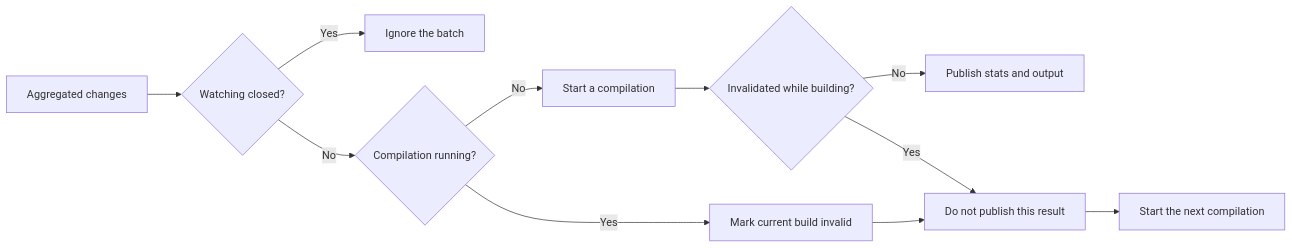
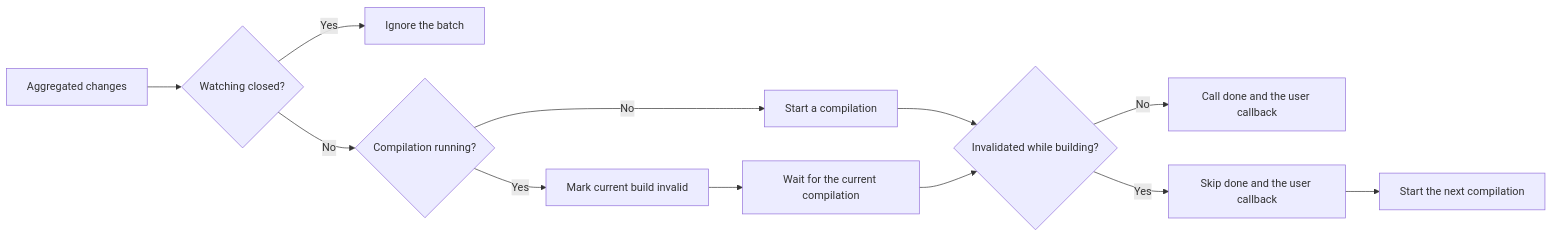
The third of 4 diagrams in src/content/posts/feopack-watch-mode.md (CoderSerio/blog), drawn with Mermaid before and after one commit. The commit also changed other lines of this file and 1 other file, not shown here.

````diff
--- a/src/content/posts/feopack-watch-mode.md
+++ b/src/content/posts/feopack-watch-mode.md
@@ -193,19 +204,20 @@
 ```mermaid
 %% wide %%
 %% plain %%
 %% label: Feopack · serial watch scheduling %%
 %%{init: {"look": "classic"}}%%
 flowchart LR
   Batch[Aggregated changes] --> Closed{Watching closed?}
   Closed -- Yes --> Ignore[Ignore the batch]
   Closed -- No --> Running{Compilation running?}
   Running -- No --> Build[Start a compilation]
   Running -- Yes --> Mark[Mark current build invalid]
   Build --> Changed{Invalidated while building?}
-  Changed -- No --> Publish[Publish stats and output]
-  Changed -- Yes --> Discard[Do not publish this result]
-  Mark --> Discard
+  Changed -- No --> Publish[Call done and the user callback]
+  Changed -- Yes --> Discard[Skip done and the user callback]
+  Mark --> Wait[Wait for the current compilation]
+  Wait --> Changed
   Discard --> Rebuild[Start the next compilation]
 
   class Mark,Discard stale
 ```
````
